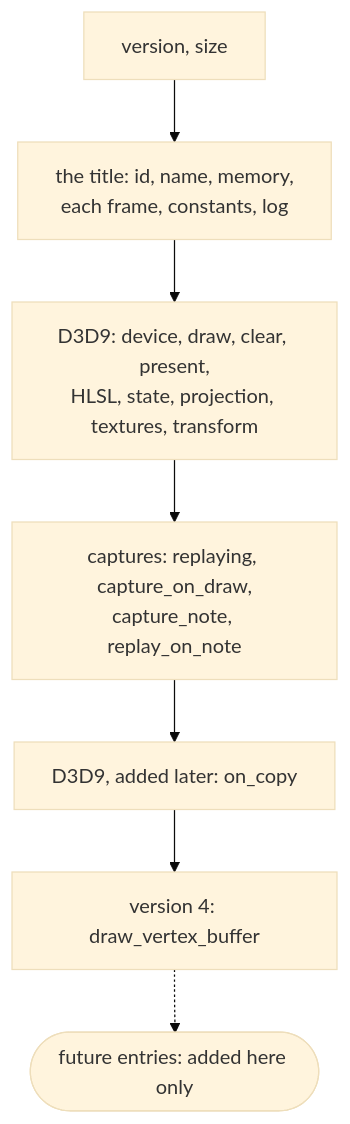
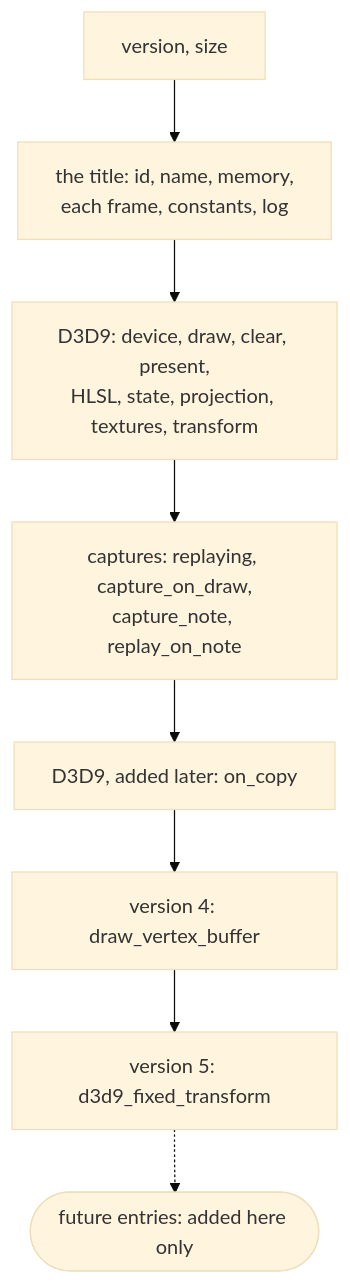
One commit to bechapm/DirectXbox-Recomp-D3D9 changed the ninth of 10 diagrams in docs/technical/mods.md. Above: the diagram before and after it, drawn with Mermaid (base theme). The commit also changed other lines of this file and 6 other files, not shown here.

````diff
--- a/docs/technical/mods.md
+++ b/docs/technical/mods.md
@@ -539,9 +548,10 @@
 ```mermaid
 flowchart TD
     a["version, size"] --> b["the title: id, name, memory,<br/>each frame, constants, log"]
     b --> c["D3D9: device, draw, clear, present,<br/>HLSL, state, projection, textures, transform"]
     c --> d["captures: replaying, capture_on_draw,<br/>capture_note, replay_on_note"]
     d --> e["D3D9, added later: on_copy"]
     e --> g["version 4: draw_vertex_buffer"]
-    g -.-> f(["future entries: added here only"])
+    g --> h["version 5: d3d9_fixed_transform"]
+    h -.-> f(["future entries: added here only"])
 ```
````
